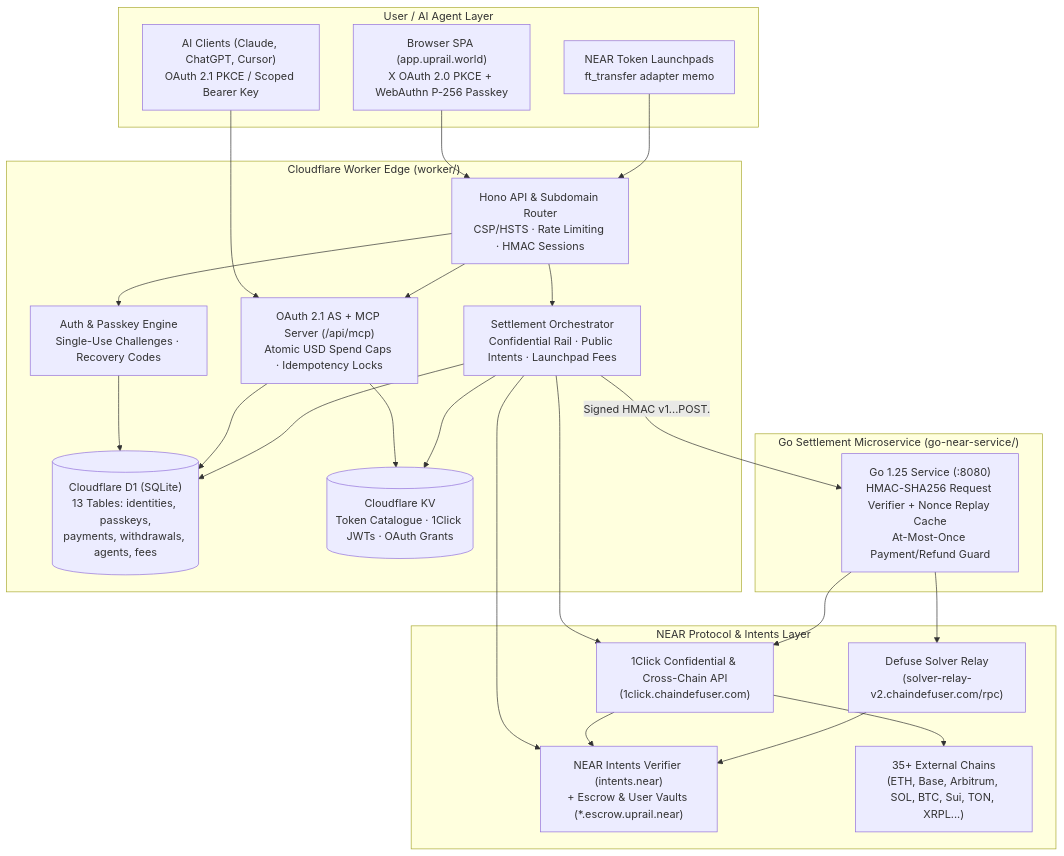
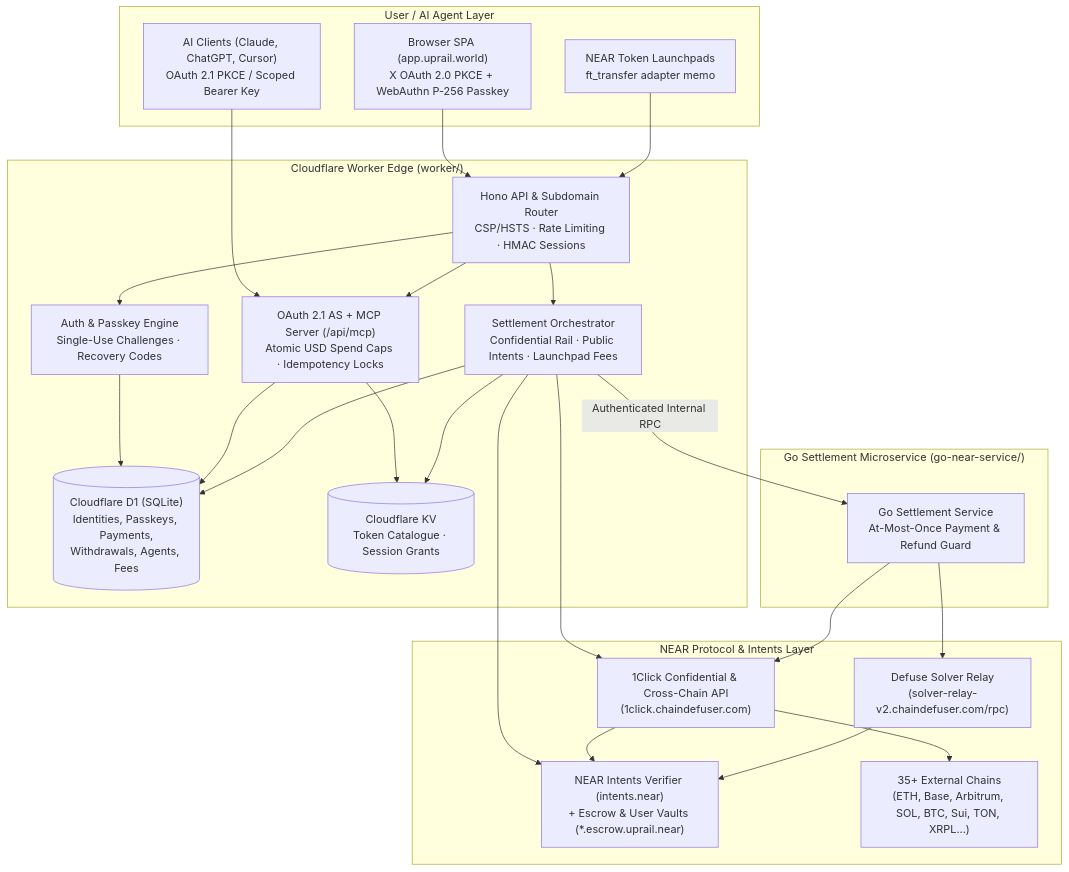
One commit to iJ03l/UPRAIL changed the diagram in README.md. Above: the diagram before and after it, drawn with Mermaid. The commit also changed other lines of this file, not shown here.

Commit message:
docs: add near.com universal public ingress layer and scrub sensitive internal secrets

````diff
--- a/README.md
+++ b/README.md
@@ -229,48 +204,48 @@
 ```mermaid
 flowchart TD
     subgraph Client["User / AI Agent Layer"]
         Browser["Browser SPA (app.uprail.world)<br/>X OAuth 2.0 PKCE + WebAuthn P-256 Passkey"]
         AIAgent["AI Clients (Claude, ChatGPT, Cursor)<br/>OAuth 2.1 PKCE / Scoped Bearer Key"]
         Launchpad["NEAR Token Launchpads<br/>ft_transfer adapter memo"]
     end
 
     subgraph Edge["Cloudflare Worker Edge (worker/)"]
         Router["Hono API & Subdomain Router<br/>CSP/HSTS · Rate Limiting · HMAC Sessions"]
         Auth["Auth & Passkey Engine<br/>Single-Use Challenges · Recovery Codes"]
         AgentMCP["OAuth 2.1 AS + MCP Server (/api/mcp)<br/>Atomic USD Spend Caps · Idempotency Locks"]
         Rail["Settlement Orchestrator<br/>Confidential Rail · Public Intents · Launchpad Fees"]
-        D1[("Cloudflare D1 (SQLite)<br/>13 Tables: identities, passkeys,<br/>payments, withdrawals, agents, fees")]
-        KV[("Cloudflare KV<br/>Token Catalogue · 1Click JWTs · OAuth Grants")]
+        D1[("Cloudflare D1 (SQLite)<br/>Identities, Passkeys, Payments,<br/>Withdrawals, Agents, Fees")]
+        KV[("Cloudflare KV<br/>Token Catalogue · Session Grants")]
     end
 
     subgraph Settlement["Go Settlement Microservice (go-near-service/)"]
-        GoSvc["Go 1.25 Service (:8080)<br/>HMAC-SHA256 Request Verifier + Nonce Replay Cache<br/>At-Most-Once Payment/Refund Guard"]
+        GoSvc["Go Settlement Service<br/>At-Most-Once Payment & Refund Guard"]
     end
 
     subgraph NEAR["NEAR Protocol & Intents Layer"]
         OneClick["1Click Confidential & Cross-Chain API<br/>(1click.chaindefuser.com)"]
         Solver["Defuse Solver Relay<br/>(solver-relay-v2.chaindefuser.com/rpc)"]
         IntentsContract["NEAR Intents Verifier (intents.near)<br/>+ Escrow & User Vaults (*.escrow.uprail.near)"]
         DestChains["35+ External Chains<br/>(ETH, Base, Arbitrum, SOL, BTC, Sui, TON, XRPL...)"]
     end
 
     Browser --> Router
     AIAgent --> AgentMCP
     Launchpad --> Router
     Router --> Auth
     Router --> AgentMCP
     Router --> Rail
     Auth --> D1
     AgentMCP --> D1
     AgentMCP --> KV
     Rail --> D1
     Rail --> KV
-    Rail -- "Signed HMAC v1.<ts>.<nonce>.POST.<path>.<sha256>" --> GoSvc
+    Rail -- "Authenticated Internal RPC" --> GoSvc
     Rail --> OneClick
     Rail --> IntentsContract
     GoSvc --> OneClick
     GoSvc --> Solver
     OneClick --> IntentsContract
     Solver --> IntentsContract
     OneClick --> DestChains
 ```
````
